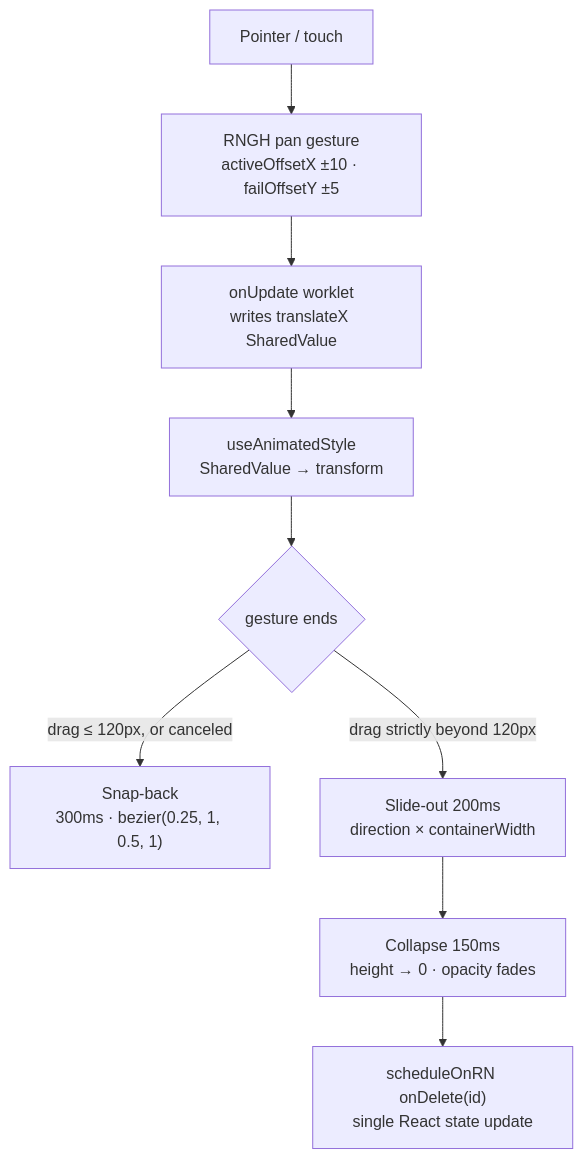
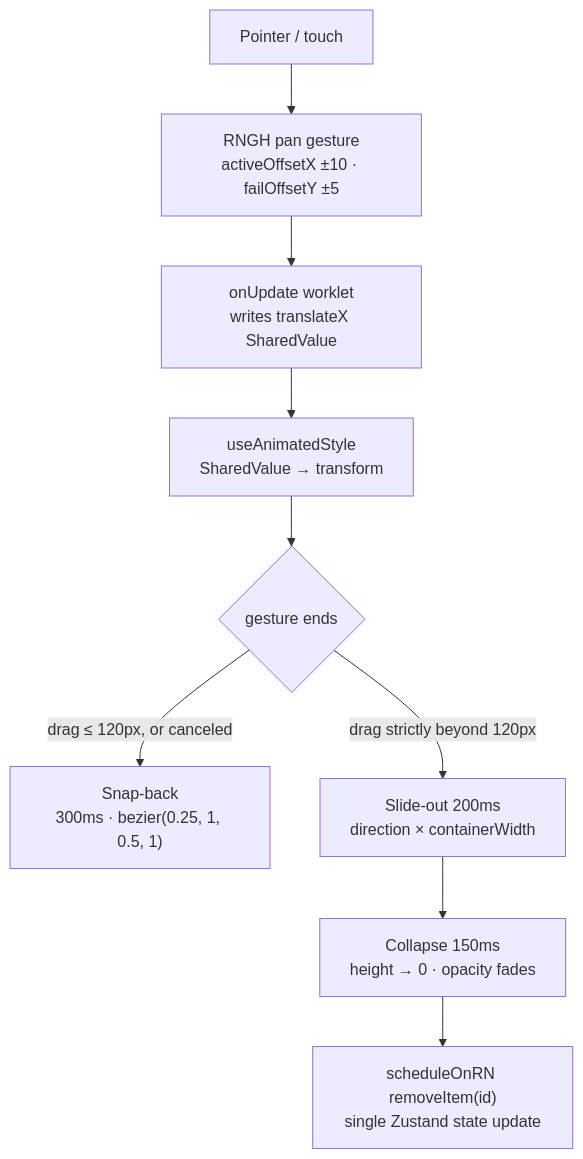
The diagram in docs/ARCHITECTURE.md (mr-lexus/cross-platform-app-monorepo), drawn with Mermaid before and after one commit. The commit also changed other lines of this file and 6 other files, not shown here.

````diff
--- a/docs/ARCHITECTURE.md
+++ b/docs/ARCHITECTURE.md
@@ -96,11 +96,11 @@
 ```mermaid
 flowchart TD
     A["Pointer / touch"] --> B["RNGH pan gesture<br/>activeOffsetX ±10 · failOffsetY ±5"]
     B --> C["onUpdate worklet<br/>writes translateX SharedValue"]
     C --> D["useAnimatedStyle<br/>SharedValue → transform"]
     D --> E{"gesture ends"}
     E -->|"drag ≤ 120px, or canceled"| F["Snap-back<br/>300ms · bezier(0.25, 1, 0.5, 1)"]
     E -->|"drag strictly beyond 120px"| G["Slide-out 200ms<br/>direction × containerWidth"]
     G --> H["Collapse 150ms<br/>height → 0 · opacity fades"]
-    H --> I["scheduleOnRN onDelete(id)<br/>single React state update"]
+    H --> I["scheduleOnRN removeItem(id)<br/>single Zustand state update"]
 ```
````
